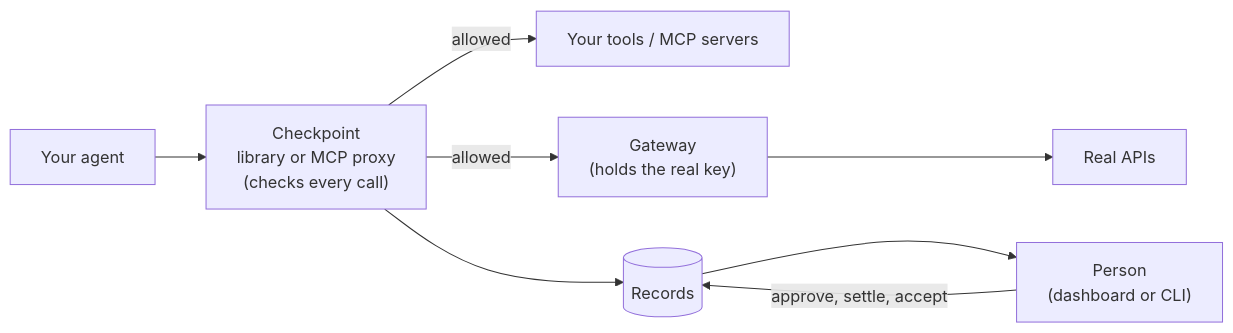
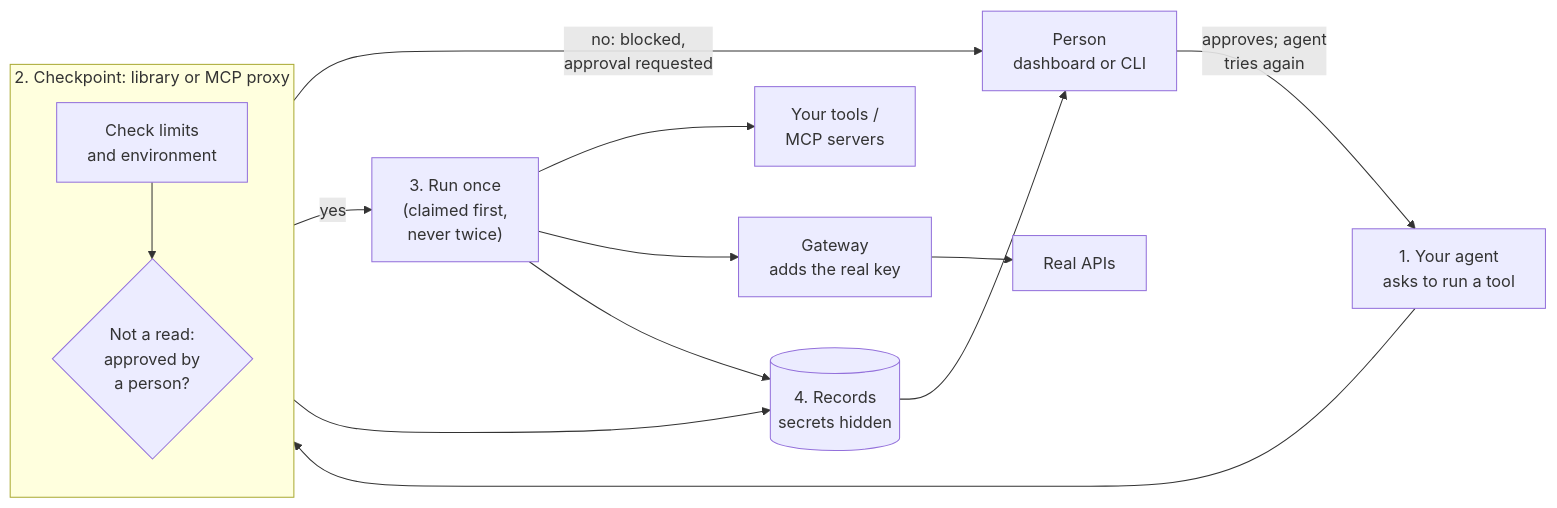
The first of 3 diagrams in README.md (GreyyDaze/agent-action-gateway), drawn with Mermaid before and after one commit. The commit also changed other lines of this file, not shown here.

Commit message:
docs: simple architecture diagram explains the four steps and the approval loop

````diff
--- a/README.md
+++ b/README.md
@@ -61,10 +71,20 @@
 ```mermaid
 flowchart LR
-    A[Your agent] --> C["Checkpoint<br/>library or MCP proxy<br/>(checks every call)"]
-    C -->|allowed| T[Your tools / MCP servers]
-    C -->|allowed| G["Gateway<br/>(holds the real key)"]
+    A["1. Your agent<br/>asks to run a tool"] --> C
+
+    subgraph C["2. Checkpoint: library or MCP proxy"]
+        direction TB
+        K["Check limits<br/>and environment"] --> AP{"Not a read:<br/>approved by<br/>a person?"}
+    end
+
+    AP -->|no: blocked,<br/>approval requested| P
+    AP -->|yes| O["3. Run once<br/>(claimed first,<br/>never twice)"]
+    O --> T[Your tools /<br/>MCP servers]
+    O --> G["Gateway<br/>adds the real key"]
     G --> API[Real APIs]
-    C --> R[(Records)]
-    R --> P["Person<br/>(dashboard or CLI)"]
-    P -->|approve, settle, accept| R
+
+    C --> R[("4. Records<br/>secrets hidden")]
+    O --> R
+    R --> P["Person<br/>dashboard or CLI"]
+    P -->|approves; agent<br/>tries again| A
 ```
````
